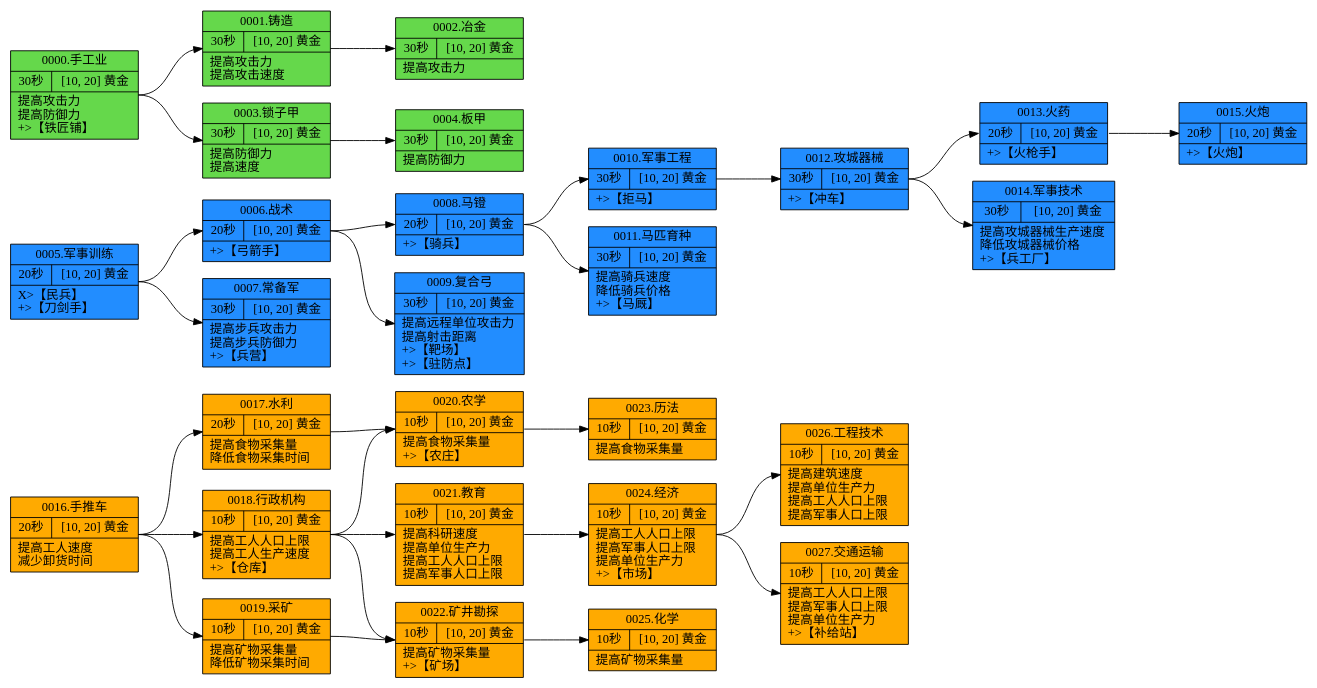
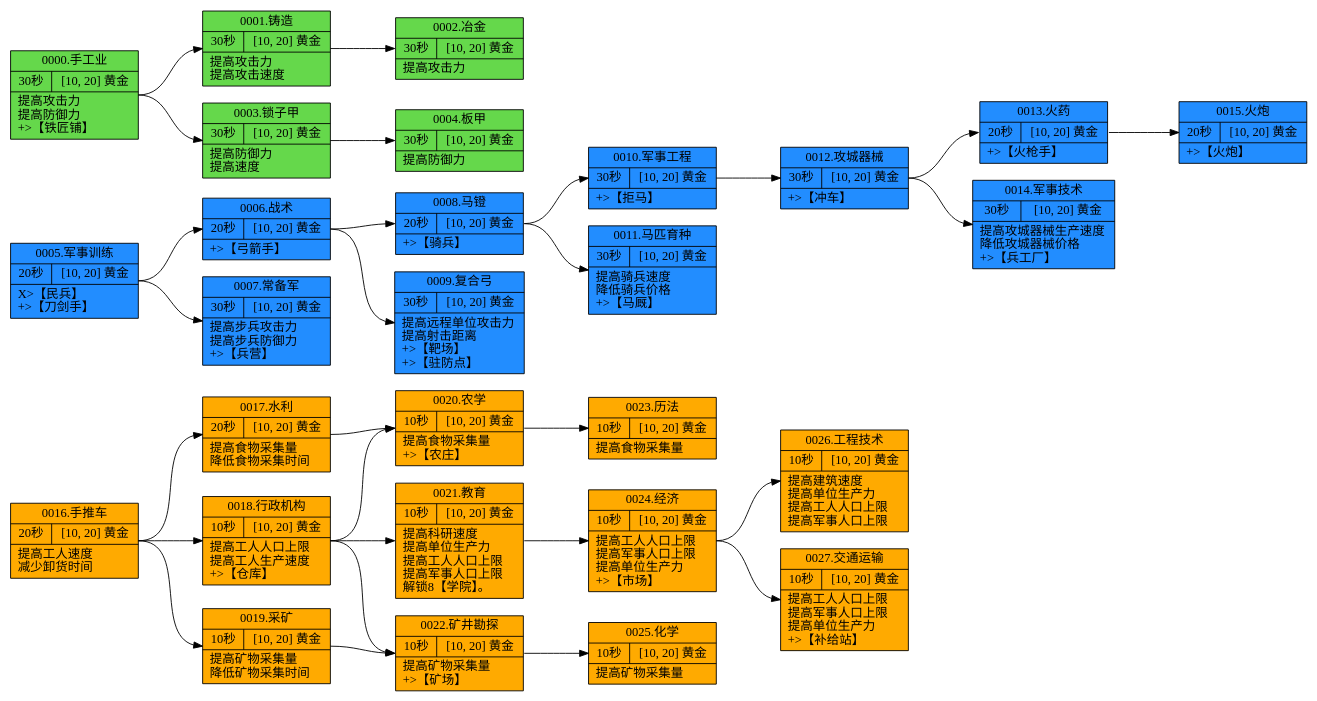
One commit to HkingAuditore/ToyEmpiresDocuments changed the third of 3 diagrams in 设计文档/Base.md. Above: the diagram before and after it, drawn with Graphviz. The commit also changed 33 other files, not shown here.

````diff
--- a/设计文档/Base.md
+++ b/设计文档/Base.md
@@ -255,61 +255,61 @@
     ``` dot{style="zoom:0.7"}
     digraph G {
 	rankdir=LR ranksep=1
 	"手推车" [label="0016.手推车|{<f0>20秒| <f1>[10, 20] 黄金 }|提高工人速度\l减少卸货时间\l" fillcolor="#ffaa00" fontname=SimSun shape=record style=filled]
 	"水利" [label="0017.水利|{<f0>20秒| <f1>[10, 20] 黄金 }|提高食物采集量\l降低食物采集时间\l" fillcolor="#ffaa00" fontname=SimSun shape=record style=filled]
 	"手推车":e -> "水利":w [len=2.00]
 	"采矿" [label="0019.采矿|{<f0>10秒| <f1>[10, 20] 黄金 }|提高矿物采集量\l降低矿物采集时间\l" fillcolor="#ffaa00" fontname=SimSun shape=record style=filled]
 	"手推车":e -> "采矿":w [len=2.00]
 	"行政机构" [label="0018.行政机构|{<f0>10秒| <f1>[10, 20] 黄金 }|提高工人人口上限\l提高工人生产速度\l\+\>【仓库】\l" fillcolor="#ffaa00" fontname=SimSun shape=record style=filled]
 	"手推车":e -> "行政机构":w [len=2.00]
 	"农学" [label="0020.农学|{<f0>10秒| <f1>[10, 20] 黄金 }|提高食物采集量\l\+\>【农庄】\l" fillcolor="#ffaa00" fontname=SimSun shape=record style=filled]
 	"水利":e -> "农学":w [len=2.00]
 	"行政机构":e -> "农学":w [len=2.00]
 	"历法" [label="0023.历法|{<f0>10秒| <f1>[10, 20] 黄金 }|提高食物采集量\l" fillcolor="#ffaa00" fontname=SimSun shape=record style=filled]
 	"农学":e -> "历法":w [len=2.00]
 	"矿井勘探" [label="0022.矿井勘探|{<f0>10秒| <f1>[10, 20] 黄金 }|提高矿物采集量\l\+\>【矿场】\l" fillcolor="#ffaa00" fontname=SimSun shape=record style=filled]
 	"采矿":e -> "矿井勘探":w [len=2.00]
 	"行政机构":e -> "矿井勘探":w [len=2.00]
 	"化学" [label="0025.化学|{<f0>10秒| <f1>[10, 20] 黄金 }|提高矿物采集量\l" fillcolor="#ffaa00" fontname=SimSun shape=record style=filled]
 	"矿井勘探":e -> "化学":w [len=2.00]
-	"教育" [label="0021.教育|{<f0>10秒| <f1>[10, 20] 黄金 }|提高科研速度\l提高单位生产力\l提高工人人口上限\l提高军事人口上限\l" fillcolor="#ffaa00" fontname=SimSun shape=record style=filled]
+	"教育" [label="0021.教育|{<f0>10秒| <f1>[10, 20] 黄金 }|提高科研速度\l提高单位生产力\l提高工人人口上限\l提高军事人口上限\l解锁8【学院】。\l" fillcolor="#ffaa00" fontname=SimSun shape=record style=filled]
 	"行政机构":e -> "教育":w [len=2.00]
 	"经济" [label="0024.经济|{<f0>10秒| <f1>[10, 20] 黄金 }|提高工人人口上限\l提高军事人口上限\l提高单位生产力\l\+\>【市场】\l" fillcolor="#ffaa00" fontname=SimSun shape=record style=filled]
 	"教育":e -> "经济":w [len=2.00]
 	"工程技术" [label="0026.工程技术|{<f0>10秒| <f1>[10, 20] 黄金 }|提高建筑速度\l提高单位生产力\l提高工人人口上限\l提高军事人口上限\l" fillcolor="#ffaa00" fontname=SimSun shape=record style=filled]
 	"经济":e -> "工程技术":w [len=2.00]
 	"交通运输" [label="0027.交通运输|{<f0>10秒| <f1>[10, 20] 黄金 }|提高工人人口上限\l提高军事人口上限\l提高单位生产力\l\+\>【补给站】\l" fillcolor="#ffaa00" fontname=SimSun shape=record style=filled]
 	"经济":e -> "交通运输":w [len=2.00]
 	"军事训练" [label="0005.军事训练|{<f0>20秒| <f1>[10, 20] 黄金 }|\X\>【民兵】\l\+\>【刀剑手】\l" fillcolor="#228dff" fontname=SimSun shape=record style=filled]
 	"战术" [label="0006.战术|{<f0>20秒| <f1>[10, 20] 黄金 }|\+\>【弓箭手】\l" fillcolor="#228dff" fontname=SimSun shape=record style=filled]
 	"军事训练":e -> "战术":w [len=2.00]
 	"马镫" [label="0008.马镫|{<f0>20秒| <f1>[10, 20] 黄金 }|\+\>【骑兵】\l" fillcolor="#228dff" fontname=SimSun shape=record style=filled]
 	"战术":e -> "马镫":w [len=2.00]
 	"军事工程" [label="0010.军事工程|{<f0>30秒| <f1>[10, 20] 黄金 }|\+\>【拒马】\l" fillcolor="#228dff" fontname=SimSun shape=record style=filled]
 	"马镫":e -> "军事工程":w [len=2.00]
 	"攻城器械" [label="0012.攻城器械|{<f0>30秒| <f1>[10, 20] 黄金 }|\+\>【冲车】\l" fillcolor="#228dff" fontname=SimSun shape=record style=filled]
 	"军事工程":e -> "攻城器械":w [len=2.00]
 	"火药" [label="0013.火药|{<f0>20秒| <f1>[10, 20] 黄金 }|\+\>【火枪手】\l" fillcolor="#228dff" fontname=SimSun shape=record style=filled]
 	"攻城器械":e -> "火药":w [len=2.00]
 	"火炮" [label="0015.火炮|{<f0>20秒| <f1>[10, 20] 黄金 }|\+\>【火炮】\l" fillcolor="#228dff" fontname=SimSun shape=record style=filled]
 	"火药":e -> "火炮":w [len=2.00]
 	"常备军" [label="0007.常备军|{<f0>30秒| <f1>[10, 20] 黄金 }|提高步兵攻击力\l提高步兵防御力\l\+\>【兵营】\l" fillcolor="#228dff" fontname=SimSun shape=record style=filled]
 	"军事训练":e -> "常备军":w [len=2.00]
 	"复合弓" [label="0009.复合弓|{<f0>30秒| <f1>[10, 20] 黄金 }|提高远程单位攻击力\l提高射击距离\l\+\>【靶场】\l\+\>【驻防点】\l" fillcolor="#228dff" fontname=SimSun shape=record style=filled]
 	"战术":e -> "复合弓":w [len=2.00]
 	"马匹育种" [label="0011.马匹育种|{<f0>30秒| <f1>[10, 20] 黄金 }|提高骑兵速度\l降低骑兵价格\l\+\>【马厩】\l" fillcolor="#228dff" fontname=SimSun shape=record style=filled]
 	"马镫":e -> "马匹育种":w [len=2.00]
 	"军事技术" [label="0014.军事技术|{<f0>30秒| <f1>[10, 20] 黄金 }|提高攻城器械生产速度\l降低攻城器械价格\l\+\>【兵工厂】\l" fillcolor="#228dff" fontname=SimSun shape=record style=filled]
 	"攻城器械":e -> "军事技术":w [len=2.00]
 	"手工业" [label="0000.手工业|{<f0>30秒| <f1>[10, 20] 黄金 }|提高攻击力\l提高防御力\l\+\>【铁匠铺】\l" fillcolor="#65d84b" fontname=SimSun shape=record style=filled]
 	"铸造" [label="0001.铸造|{<f0>30秒| <f1>[10, 20] 黄金 }|提高攻击力\l提高攻击速度\l" fillcolor="#65d84b" fontname=SimSun shape=record style=filled]
 	"手工业":e -> "铸造":w [len=2.00]
 	"冶金" [label="0002.冶金|{<f0>30秒| <f1>[10, 20] 黄金 }|提高攻击力\l" fillcolor="#65d84b" fontname=SimSun shape=record style=filled]
 	"铸造":e -> "冶金":w [len=2.00]
 	"锁子甲" [label="0003.锁子甲|{<f0>30秒| <f1>[10, 20] 黄金 }|提高防御力\l提高速度\l" fillcolor="#65d84b" fontname=SimSun shape=record style=filled]
 	"手工业":e -> "锁子甲":w [len=2.00]
 	"板甲" [label="0004.板甲|{<f0>30秒| <f1>[10, 20] 黄金 }|提高防御力\l" fillcolor="#65d84b" fontname=SimSun shape=record style=filled]
 	"锁子甲":e -> "板甲":w [len=2.00]
     }
 
     ```
````
